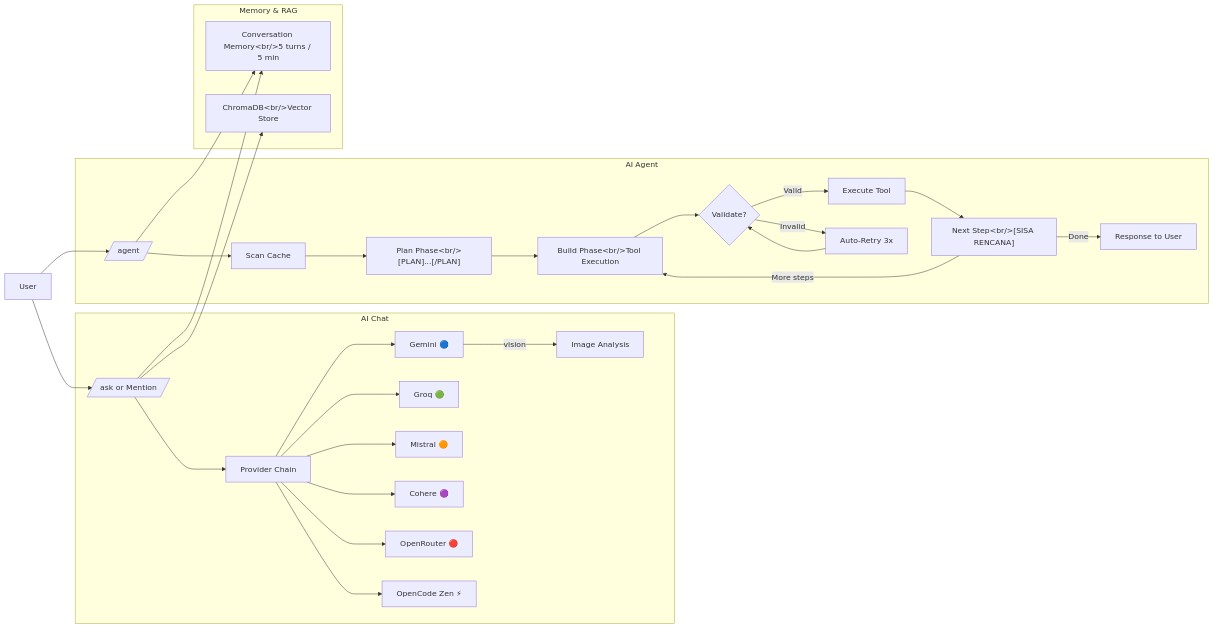
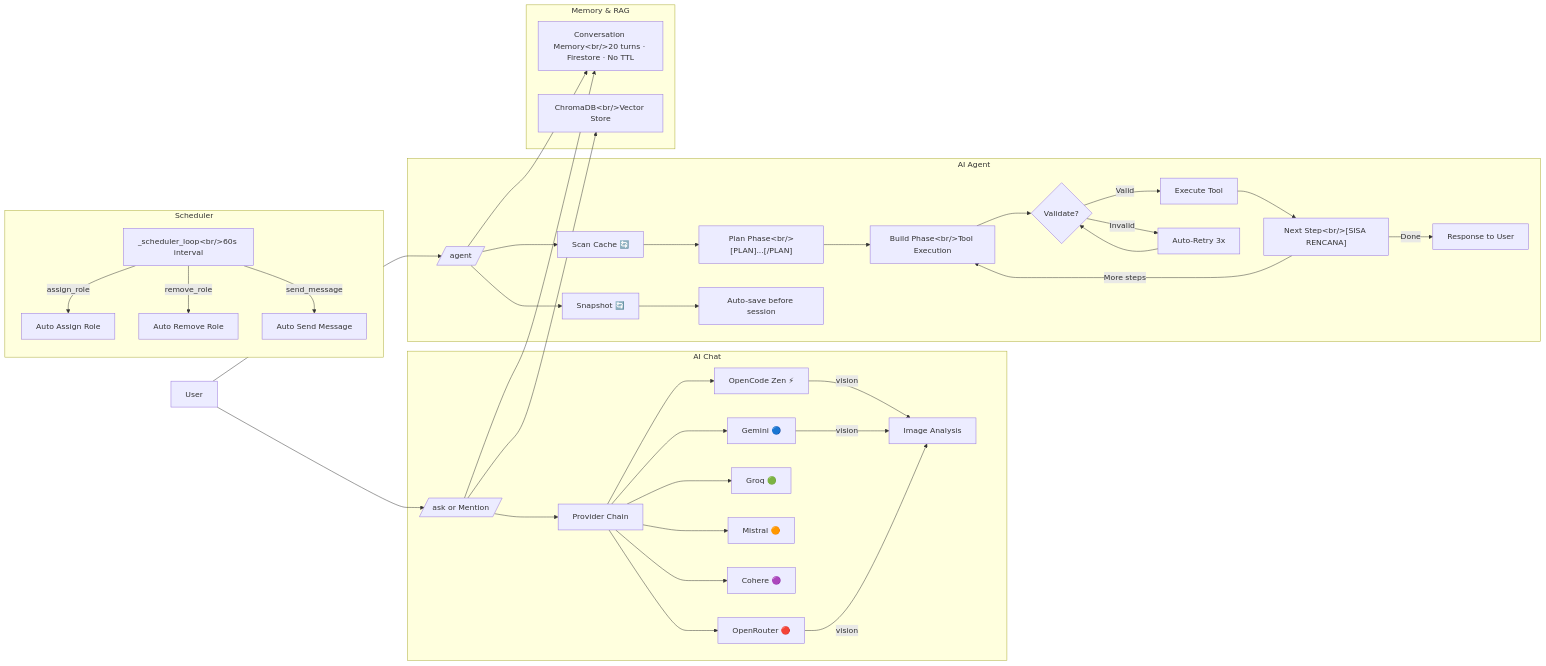
The diagram in README.MD (zeeinz-ux/synapse-bot), drawn with Mermaid before and after one commit. The commit also changed other lines of this file and 11 other files, not shown here.

````diff
--- a/README.MD
+++ b/README.MD
@@ -189,38 +194,49 @@
 ```mermaid
 flowchart LR
     U[User] --> ASK[/ask or Mention/]
     U --> AG[/agent/]
     
     subgraph "AI Chat"
         ASK --> P[Provider Chain]
+        P --> Z[OpenCode Zen ⚡]
         P --> G[Gemini 🔵]
         P --> R[Groq 🟢]
         P --> M[Mistral 🟠]
         P --> C[Cohere 🟣]
         P --> O[OpenRouter 🔴]
-        P --> Z[OpenCode Zen ⚡]
-        G --> |vision|IMG[Image Analysis]
+        Z --> |vision|IMG[Image Analysis]
+        G --> |vision|IMG
+        O --> |vision|IMG
     end
     
     subgraph "AI Agent"
-        AG --> SC[Scan Cache]
+        AG --> SC[Scan Cache 🔄]
         SC --> PLAN["Plan Phase&lt;br/&gt;[PLAN]...[/PLAN]"]
         PLAN --> BUILD["Build Phase&lt;br/&gt;Tool Execution"]
         BUILD --> TC{Validate?}
         TC -->|Valid| EXEC[Execute Tool]
         TC -->|Invalid| RETRY[Auto-Retry 3x]
         RETRY --> TC
         EXEC --> NEXT["Next Step&lt;br/&gt;[SISA RENCANA]"]
         NEXT -->|More steps| BUILD
         NEXT -->|Done| RESP[Response to User]
+        AG --> SNAP[Snapshot 🔄]
+        SNAP --> AUTORESTORE[Auto-save before session]
     end
     
     subgraph "Memory & RAG"
-        CM["Conversation Memory&lt;br/&gt;5 turns / 5 min"]
+        CM["Conversation Memory&lt;br/&gt;20 turns · Firestore · No TTL"]
         CH["ChromaDB&lt;br/&gt;Vector Store"]
+    end
+    
+    subgraph "Scheduler"
+        SCH["_scheduler_loop&lt;br/&gt;60s interval"]
+        SCH -->|assign_role| AR[Auto Assign Role]
+        SCH -->|remove_role| RR[Auto Remove Role]
+        SCH -->|send_message| SM[Auto Send Message]
     end
     
     ASK --> CM
     AG --> CM
     ASK --> CH
 ```
````
